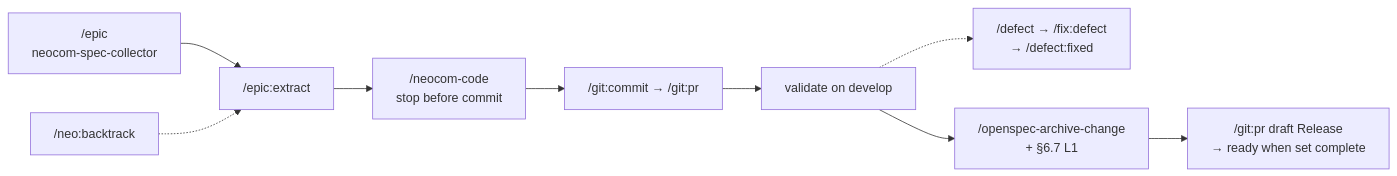
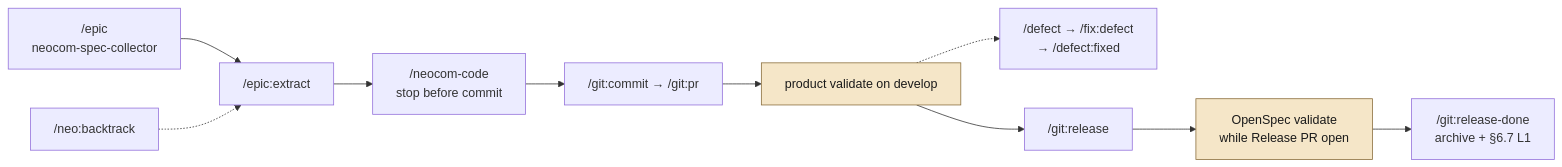
The third of 9 diagrams in .dsh/METHODOLOGY.md (AdamAntinoo/neocom-meta), drawn with Mermaid before and after one commit. The commit also changed other lines of this file and 15 other files, not shown here.

First line of the commit message:
feat(meta): add /git:release flow and archive validated defects

````diff
--- a/.dsh/METHODOLOGY.md
+++ b/.dsh/METHODOLOGY.md
@@ -166,11 +174,13 @@
 ```mermaid
 flowchart LR
   collector["/epic<br/>neocom-spec-collector"] --> workflow["/epic:extract"]
   backtrack["/neo:backtrack"] -.-> workflow
   workflow --> code["/neocom-code<br/>stop before commit"]
   code --> git["/git:commit → /git:pr"]
-  git --> val["validate on develop"]
-  val -.-> defect["/defect → /fix:defect<br/>→ /defect:fixed"]
-  val --> arch["/openspec-archive-change<br/>+ §6.7 L1"]
-  arch --> draft["/git:pr draft Release<br/>→ ready when set complete"]
+  git --> productVal["product validate on develop"]:::manual
+  productVal -.-> defect["/defect → /fix:defect<br/>→ /defect:fixed"]
+  productVal --> release["/git:release"]
+  release --> osVal["OpenSpec validate<br/>while Release PR open"]:::manual
+  osVal --> done["/git:release-done<br/>archive + §6.7 L1"]
+  classDef manual fill:#f5e6c8,stroke:#8a6d3b,color:#1a1a1a
 ```
````
